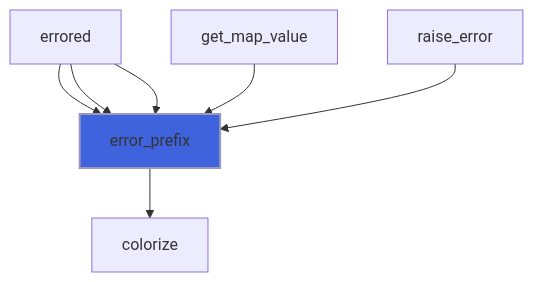
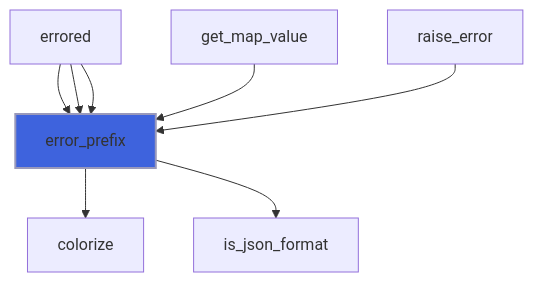
Before and after one commit to szaghi/FLAP: diagram 11 of 12 in docs/api/src/lib/flap_object_t.md, drawn with Mermaid. The commit also changed other lines of this file and 22 other files, not shown here.

````diff
--- a/docs/api/src/lib/flap_object_t.md
+++ b/docs/api/src/lib/flap_object_t.md
@@ -328,10 +368,11 @@
 ```mermaid
 flowchart TD
   errored["errored"] --> error_prefix["error_prefix"]
   errored["errored"] --> error_prefix["error_prefix"]
   errored["errored"] --> error_prefix["error_prefix"]
   get_map_value["get_map_value"] --> error_prefix["error_prefix"]
   raise_error["raise_error"] --> error_prefix["error_prefix"]
   error_prefix["error_prefix"] --> colorize["colorize"]
+  error_prefix["error_prefix"] --> is_json_format["is_json_format"]
   style error_prefix fill:#3e63dd,stroke:#99b,stroke-width:2px
 ```
````
